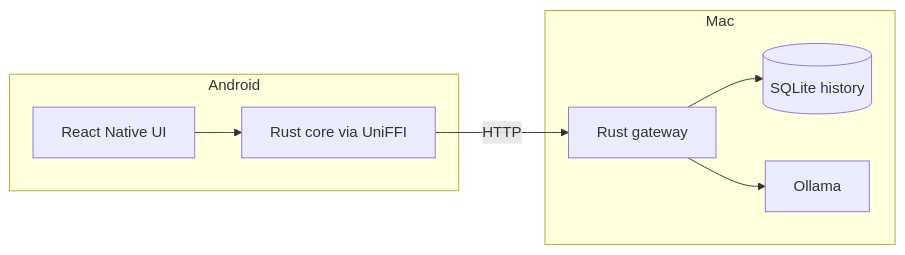
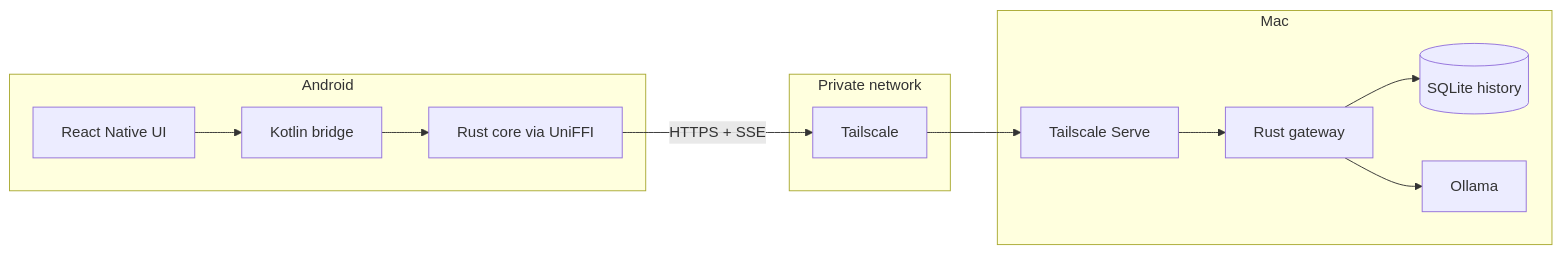
Before and after one commit to JosephBARBIERDARNAL/bridge: the diagram in README.md, drawn with Mermaid. The commit also changed other lines of this file and 1 other file, not shown here.

````diff
--- a/README.md
+++ b/README.md
@@ -12,11 +12,17 @@
 ```mermaid
 flowchart LR
     subgraph Android
-        UI[React Native UI] --> Core[Rust core via UniFFI]
+        UI[React Native UI] --> Kotlin[Kotlin bridge]
+        Kotlin --> Core[Rust core via UniFFI]
+    end
+    subgraph Private network
+        Tailnet[Tailscale]
     end
     subgraph Mac
-        Core -->|HTTP| Gateway[Rust gateway]
+        Serve[Tailscale Serve] --> Gateway[Rust gateway]
         Gateway --> DB[(SQLite history)]
         Gateway --> Ollama[Ollama]
     end
+    Core -->|HTTPS + SSE| Tailnet
+    Tailnet --> Serve
 ```
````
